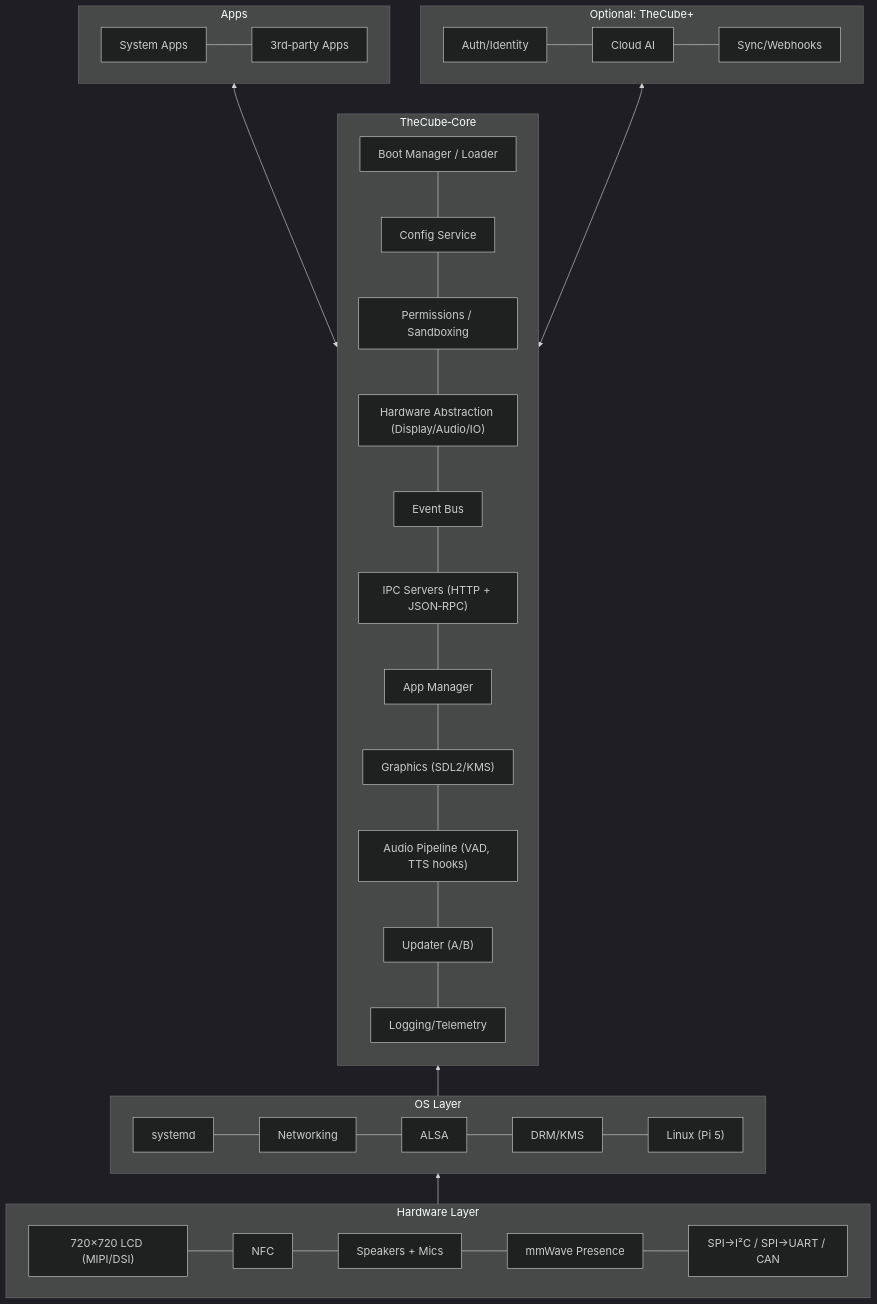
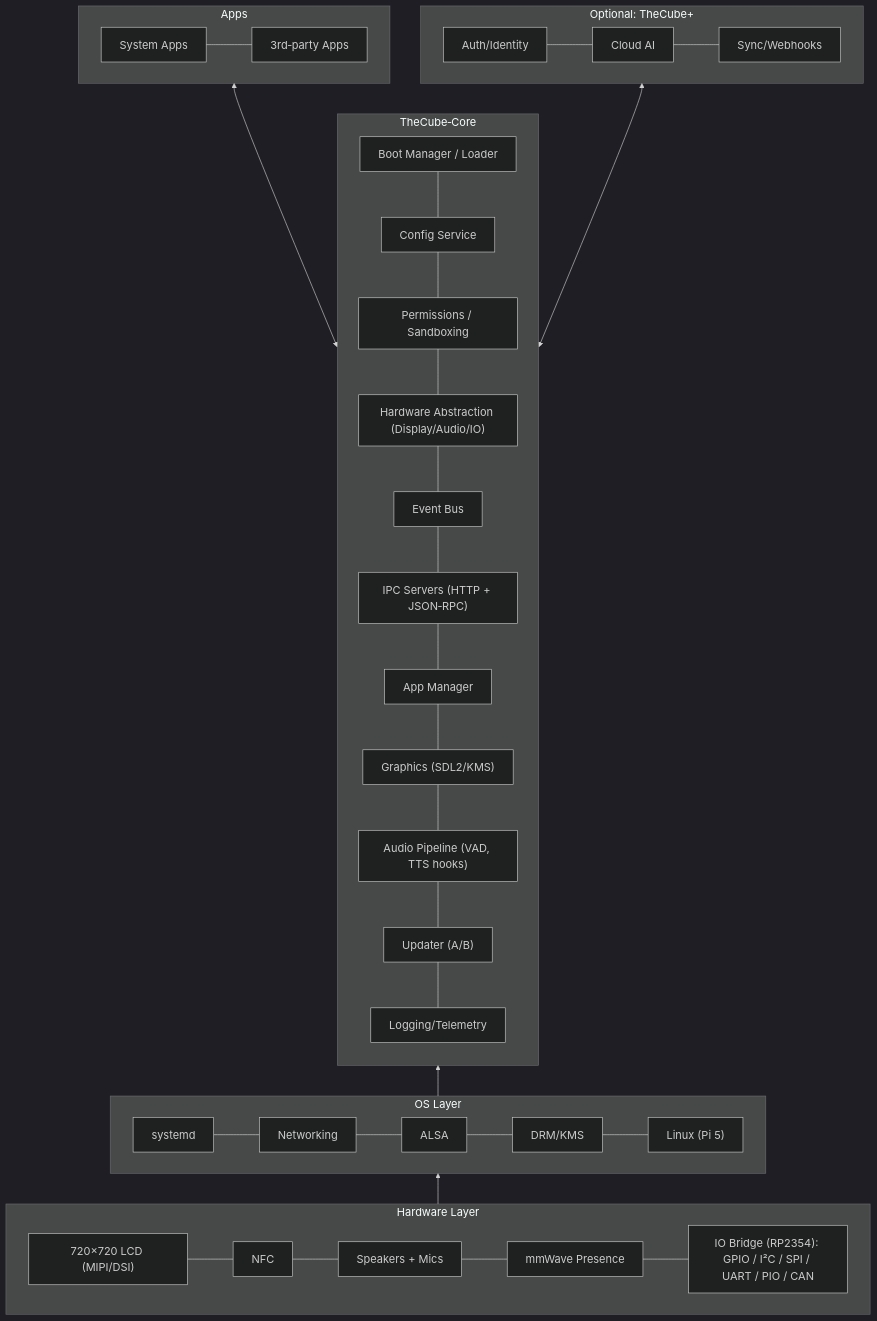
Before and after one commit to Companion-TheCube/Companion-TheCube.github.io: the first of 3 diagrams in core/architecture.md, drawn with Mermaid. The commit also changed other lines of this file and 13 other files, not shown here.

````diff
--- a/core/architecture.md
+++ b/core/architecture.md
@@ -17,55 +17,55 @@
 ```mermaid
 %%{init: {'theme': 'dark', 'themeVariables': { 'fontSize': '18px', 'fontFamily': 'monospace' }}}%%
 flowchart BT
 
  subgraph APPS["Apps"]
  direction LR
         SYSAPPS["System Apps"]
         THIRDPARTY["3rd‑party Apps"]
         SYSAPPS --- THIRDPARTY
   end
  subgraph CLOUD["Optional: TheCube+"]
  direction LR
         AUTH["Auth/Identity"]
         LLM["Cloud AI"]
         SYNC["Sync/Webhooks"]
         AUTH --- LLM --- SYNC
   end
   subgraph CORE["TheCube‑Core"]
   direction TB
         BOOTMGR["Boot Manager / Loader"]
         CFG["Config Service"]
         PM["Permissions / Sandboxing"]
         HWA["Hardware Abstraction (Display/Audio/IO)"]
         EVBUS["Event Bus"]
         IPC["IPC Servers (HTTP + JSON‑RPC)"]
         APPSVC["App Manager"]
         GFX["Graphics (SDL2/KMS)"]
         AUD["Audio Pipeline (VAD, TTS hooks)"]
         UPDATE["Updater (A/B)"]
         LOG["Logging/Telemetry"]
         BOOTMGR --- CFG --- PM --- HWA --- EVBUS --- IPC --- APPSVC --- GFX --- AUD --- UPDATE --- LOG
   end
   subgraph OS["OS Layer"]
  direction LR
         KERNEL["Linux (Pi 5)"]
         DRM["DRM/KMS"]
         ALSA["ALSA"]
         NET["Networking"]
         SYS["systemd"]
         SYS --- NET --- ALSA --- DRM --- KERNEL
         end
   subgraph HW["Hardware Layer"]
   direction LR
         LCD["720×720 LCD (MIPI/DSI)"]
         AUDIO["Speakers + Mics"]
         MM["mmWave Presence"]
         NFC["NFC"]
-        BRIDGES["SPI→I²C / SPI→UART / CAN"]
+        BRIDGES["IO Bridge (RP2354): GPIO / I²C / SPI / UART / PIO / CAN"]
         LCD --- NFC --- AUDIO --- MM --- BRIDGES
   end
     CORE <--> APPS
     CORE <--> CLOUD
     OS --> CORE
     HW --> OS
 ```
````
